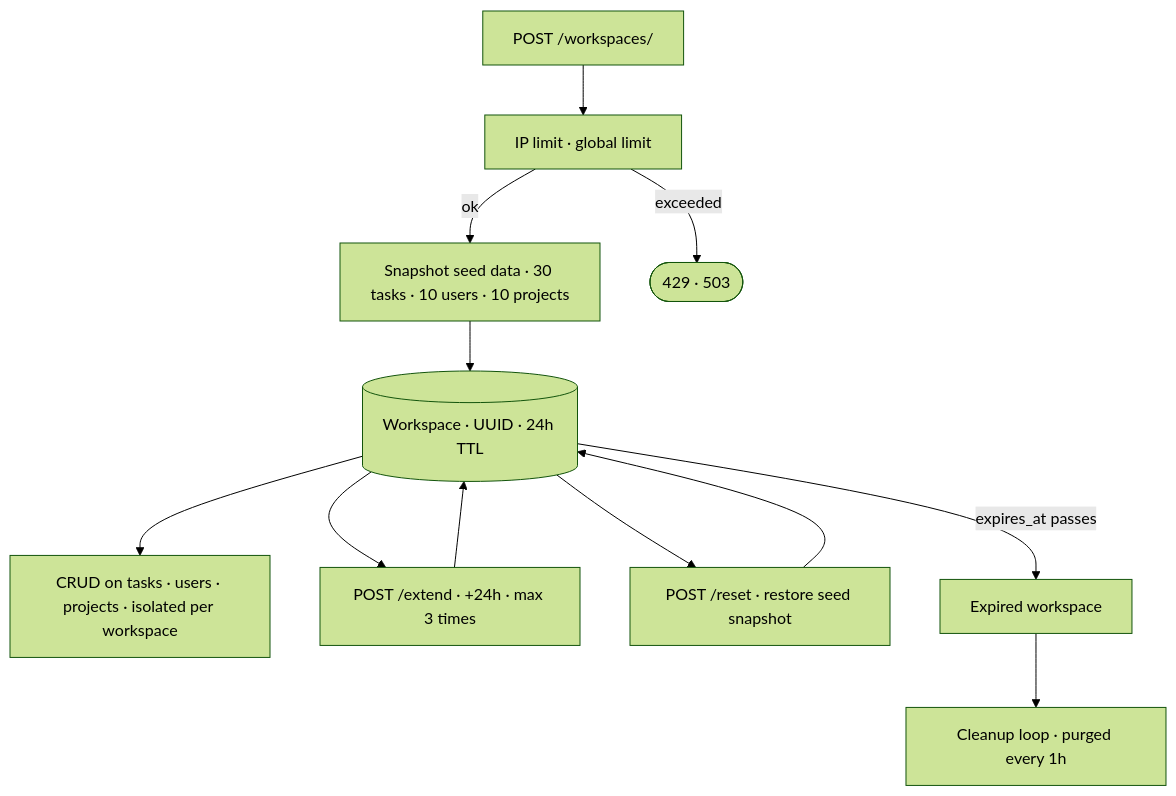
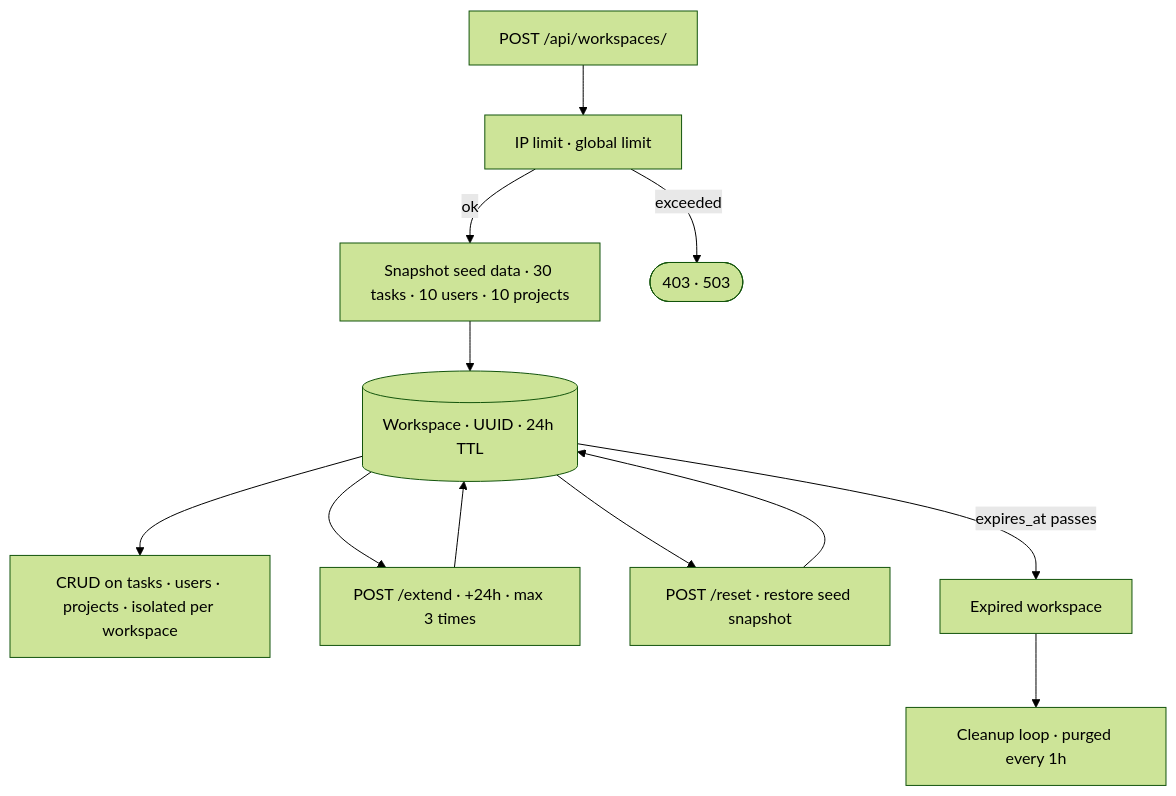
The third of 4 diagrams in docs/architecture.md (cristianrubioa/fakeapi), drawn with Mermaid (forest theme) before and after one commit. The commit also changed other lines of this file and 1 other file, not shown here.

First line of the commit message:
:memo: Update docs for /api/ route prefix and Render deployment

````diff
--- a/docs/architecture.md
+++ b/docs/architecture.md
@@ -45,17 +45,17 @@
 ```mermaid
 flowchart TD
-    POST["POST /workspaces/"] --> Check["IP limit · global limit"]
+    POST["POST /api/workspaces/"] --> Check["IP limit · global limit"]
     Check -->|ok| Seed["Snapshot seed data · 30 tasks · 10 users · 10 projects"]
-    Check -->|exceeded| Err(["429 · 503"])
+    Check -->|exceeded| Err(["403 · 503"])
     Seed --> WS[("Workspace · UUID · 24h TTL")]
 
     WS --> CRUD["CRUD on tasks · users · projects · isolated per workspace"]
     WS --> Extend["POST /extend · +24h · max 3 times"]
     WS --> Reset["POST /reset · restore seed snapshot"]
 
     Extend --> WS
     Reset --> WS
 
     WS -->|expires_at passes| Expired
     Expired["Expired workspace"] --> Cleanup["Cleanup loop · purged every 1h"]
 ```
````
